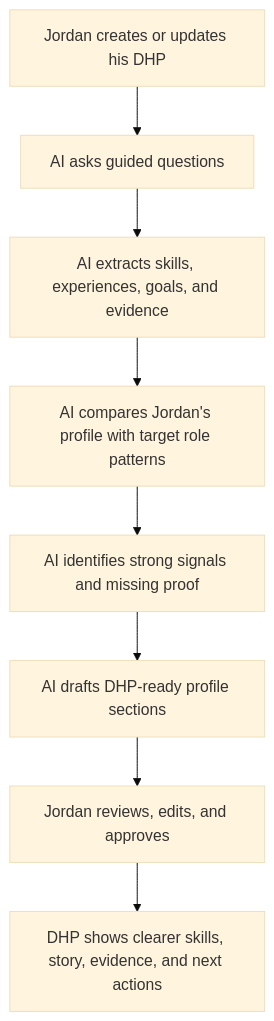
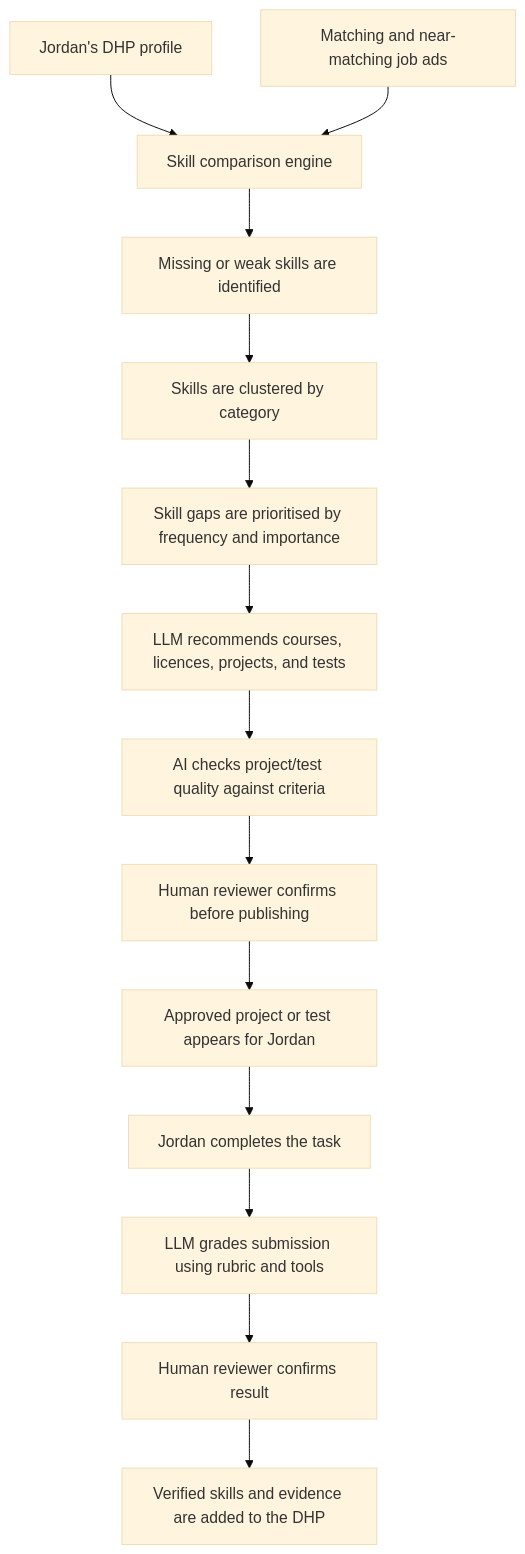
Before and after one commit to JKennethG283/gradstack: the first of 3 diagrams in track-3-ai/task-1-design-an-ai-feature-for-the-dhp/track-3-task-1-ai-feature.md, drawn with Mermaid (base theme). The commit also changed other lines of this file, not shown here.

````diff
--- a/track-3-ai/task-1-design-an-ai-feature-for-the-dhp/track-3-task-1-ai-feature.md
+++ b/track-3-ai/task-1-design-an-ai-feature-for-the-dhp/track-3-task-1-ai-feature.md
@@ -41,10 +44,16 @@
 ```mermaid
 flowchart TD
-    A["Jordan creates or updates his DHP"] --> B["AI asks guided questions"]
-    B --> C["AI extracts skills, experiences, goals, and evidence"]
-    C --> D["AI compares Jordan's profile with target role patterns"]
-    D --> E["AI identifies strong signals and missing proof"]
-    E --> F["AI drafts DHP-ready profile sections"]
-    F --> G["Jordan reviews, edits, and approves"]
-    G --> H["DHP shows clearer skills, story, evidence, and next actions"]
+    A["Jordan's DHP profile"] --> C["Skill comparison engine"]
+    B["Matching and near-matching job ads"] --> C
+    C --> D["Missing or weak skills are identified"]
+    D --> E["Skills are clustered by category"]
+    E --> F["Skill gaps are prioritised by frequency and importance"]
+    F --> G["LLM recommends courses, licences, projects, and tests"]
+    G --> H["AI checks project/test quality against criteria"]
+    H --> I["Human reviewer confirms before publishing"]
+    I --> J["Approved project or test appears for Jordan"]
+    J --> K["Jordan completes the task"]
+    K --> L["LLM grades submission using rubric and tools"]
+    L --> M["Human reviewer confirms result"]
+    M --> N["Verified skills and evidence are added to the DHP"]
 ```
````
